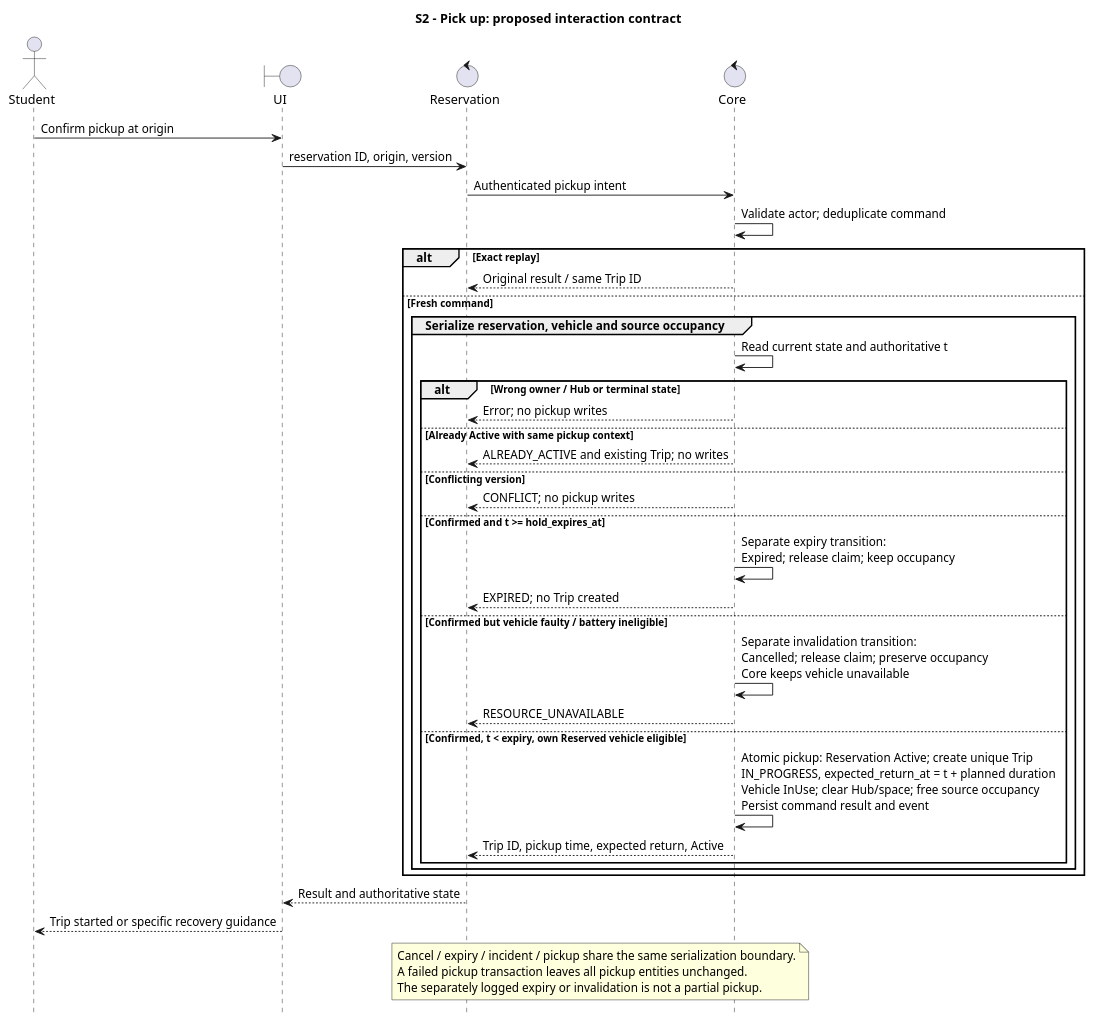
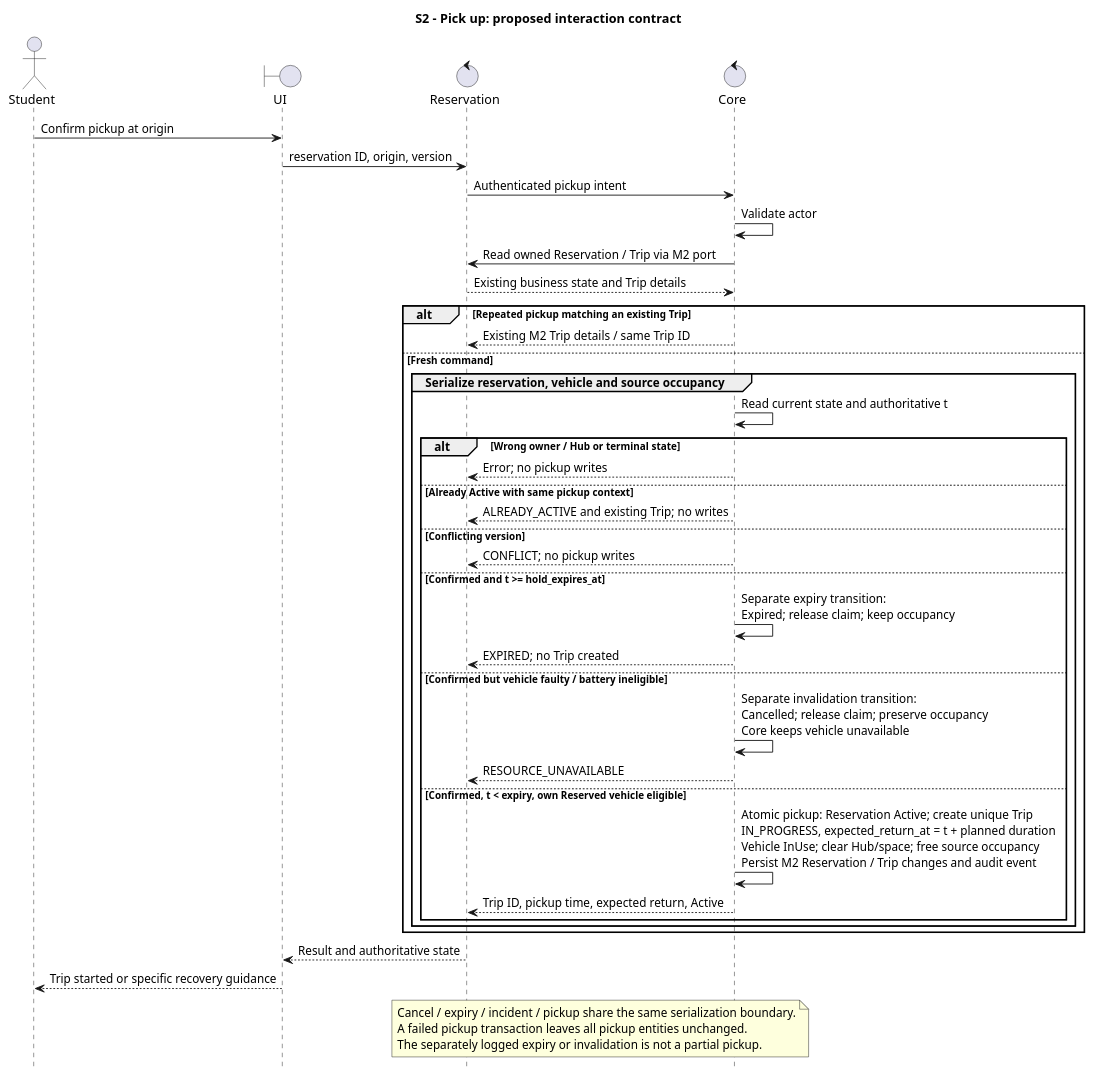
Before and after one commit to MabC06/smart-e-mobility-hub: the diagram in docs/design/behavioral/reservation-diagrams/s2-pickup.puml, drawn with PlantUML. The commit also changed 14 other files, not shown here.

```diff
--- a/docs/design/behavioral/reservation-diagrams/s2-pickup.puml
+++ b/docs/design/behavioral/reservation-diagrams/s2-pickup.puml
@@ -1,44 +1,46 @@
 @startuml
 title S2 - Pick up: proposed interaction contract
 skinparam shadowing false
 skinparam defaultFontName Arial
 hide footbox
 actor Student
 boundary UI
 control Reservation
 control Core
 Student -> UI: Confirm pickup at origin
 UI -> Reservation: reservation ID, origin, version
 Reservation -> Core: Authenticated pickup intent
-Core -> Core: Validate actor; deduplicate command
-alt Exact replay
-  Core --> Reservation: Original result / same Trip ID
+Core -> Core: Validate actor
+Core -> Reservation: Read owned Reservation / Trip via M2 port
+Reservation --> Core: Existing business state and Trip details
+alt Repeated pickup matching an existing Trip
+  Core --> Reservation: Existing M2 Trip details / same Trip ID
 else Fresh command
   group Serialize reservation, vehicle and source occupancy
     Core -> Core: Read current state and authoritative t
     alt Wrong owner / Hub or terminal state
       Core --> Reservation: Error; no pickup writes
     else Already Active with same pickup context
       Core --> Reservation: ALREADY_ACTIVE and existing Trip; no writes
     else Conflicting version
       Core --> Reservation: CONFLICT; no pickup writes
     else Confirmed and t >= hold_expires_at
       Core -> Core: Separate expiry transition:\nExpired; release claim; keep occupancy
       Core --> Reservation: EXPIRED; no Trip created
     else Confirmed but vehicle faulty / battery ineligible
       Core -> Core: Separate invalidation transition:\nCancelled; release claim; preserve occupancy\nCore keeps vehicle unavailable
       Core --> Reservation: RESOURCE_UNAVAILABLE
     else Confirmed, t < expiry, own Reserved vehicle eligible
-      Core -> Core: Atomic pickup: Reservation Active; create unique Trip\nIN_PROGRESS, expected_return_at = t + planned duration\nVehicle InUse; clear Hub/space; free source occupancy\nPersist command result and event
+      Core -> Core: Atomic pickup: Reservation Active; create unique Trip\nIN_PROGRESS, expected_return_at = t + planned duration\nVehicle InUse; clear Hub/space; free source occupancy\nPersist M2 Reservation / Trip changes and audit event
       Core --> Reservation: Trip ID, pickup time, expected return, Active
     end
   end
 end
 Reservation --> UI: Result and authoritative state
 UI --> Student: Trip started or specific recovery guidance
 note over Reservation,Core
   Cancel / expiry / incident / pickup share the same serialization boundary.
   A failed pickup transaction leaves all pickup entities unchanged.
   The separately logged expiry or invalidation is not a partial pickup.
 end note
 @enduml
```
